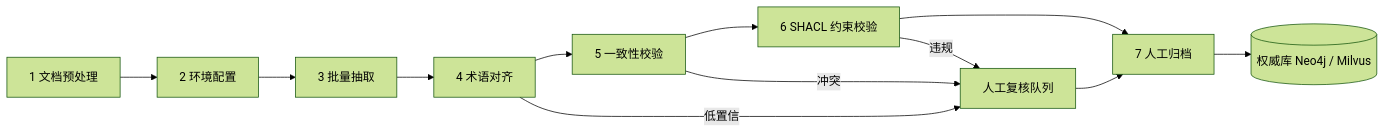
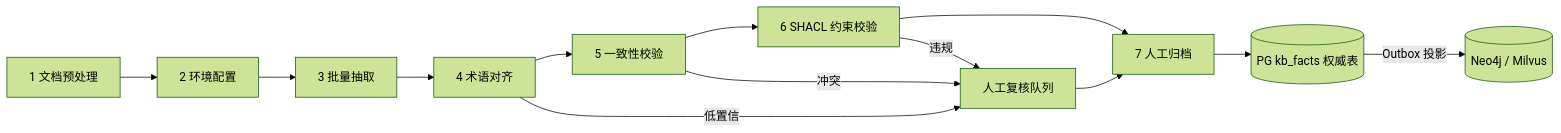
The first of 3 diagrams in docs/OntRAG/知识库GraphRAG设计.md (liu270110/ontology-agent-main), drawn with Mermaid (forest theme) before and after one commit. The commit also changed other lines of this file and 2 other files, not shown here.

Commit message:
docs(kb): 知识库权威裁决落地——OtRAG 模块篇定为唯一权威，合入 04 篇 v0.2 修正增量（T2 冲突 v1 全人工+评分仅参考分、事实权威落 PG kb_facts+代际激活、封口=继任业务生效时间、as-of 完整谓词、chunk 级不设 is_current、失效分边 SUPERSEDES/OUTRANKED_BY/INVALIDATED_BY、分诊固定顺序+scope 硬门禁、承接判定定向复查抽、nightly 例程 v1 收缩+工程纪律、时间线改显式模式、SimHash 分期 v1.5）；04 篇转设计依据存档，README 索引同步

````diff
--- a/docs/OntRAG/知识库GraphRAG设计.md
+++ b/docs/OntRAG/知识库GraphRAG设计.md
@@ -43,14 +45,15 @@
 ```mermaid
 flowchart LR
     A[1 文档预处理] --> B[2 环境配置]
     B --> C[3 批量抽取]
     C --> D[4 术语对齐]
     D --> E[5 一致性校验]
     E --> F[6 SHACL 约束校验]
     F --> G[7 人工归档]
-    G --> H[(权威库 Neo4j / Milvus)]
+    G --> H[(PG kb_facts 权威表)]
+    H -->|Outbox 投影| I[(Neo4j / Milvus)]
     D -->|低置信| Q[人工复核队列]
     E -->|冲突| Q
     F -->|违规| Q
     Q --> G
 ```
````
